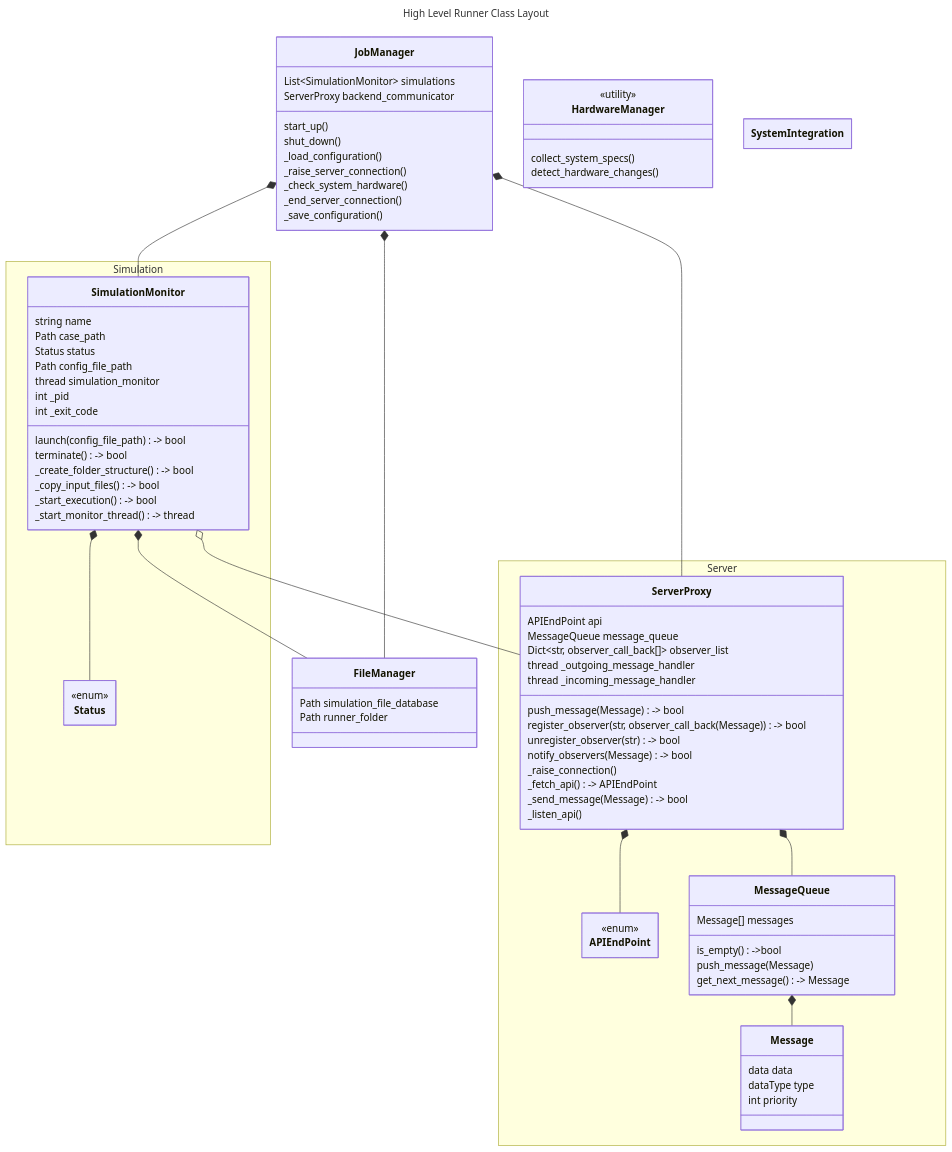
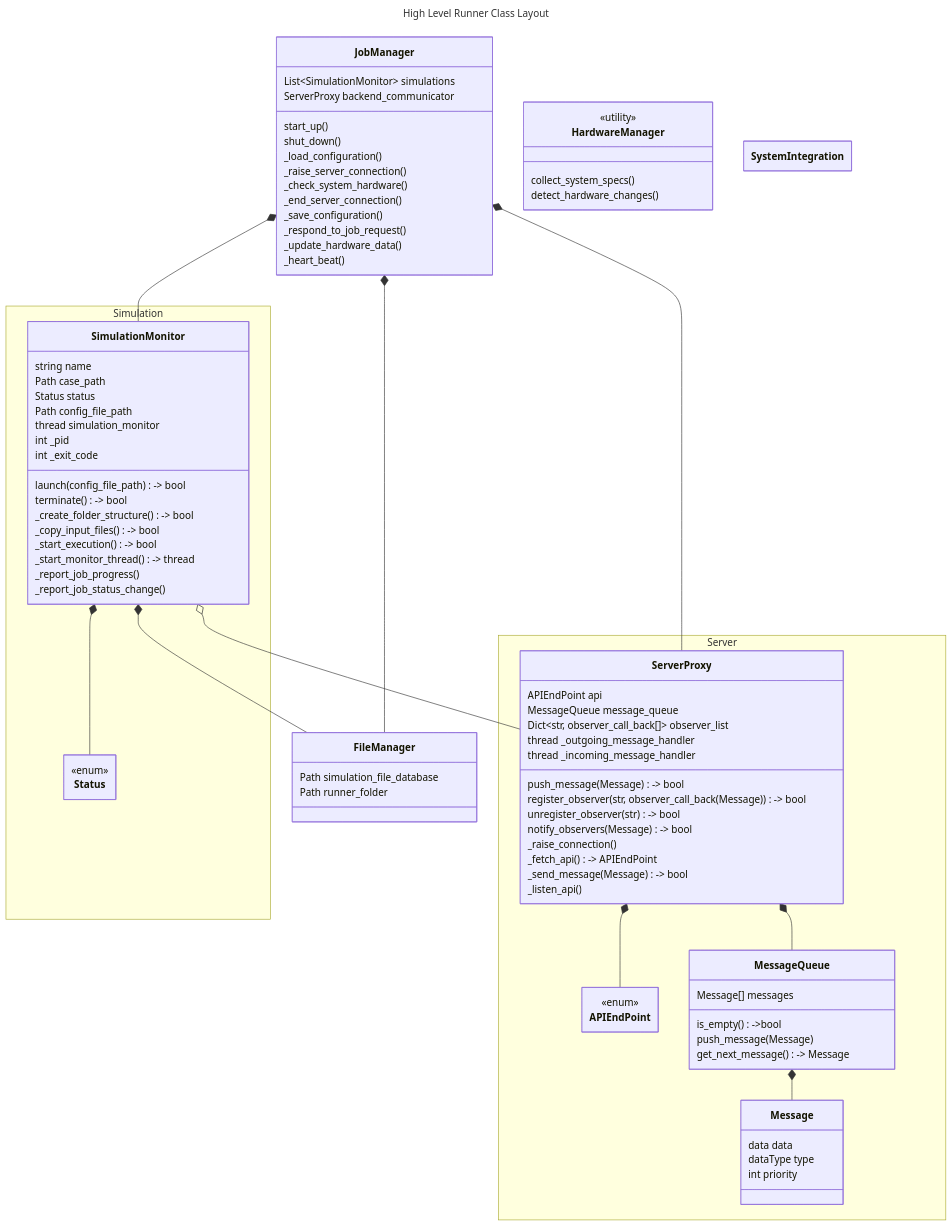
The diagram in docs/design_requirements.md (fyn-tech/fyn-runner), drawn with Mermaid before and after one commit. The commit also changed other lines of this file, not shown here.

Commit message:
- fleshed design a bit more.

```diff
--- a/docs/design_requirements.md
+++ b/docs/design_requirements.md
@@ -113,6 +113,11 @@
     %% Startup procedures
     _end_server_connection()
     _save_configuration()
+
+    %% API communication (exc. sim file sync.)
+    _respond_to_job_request()
+    _update_hardware_data()
+    _heart_beat()
   }
 
   namespace Simulation {
@@ -137,6 +142,10 @@
       _copy_input_files() -> bool
       _start_execution() -> bool
       _start_monitor_thread() -> thread
+
+      %% API
+      _report_job_progress()
+      _report_job_status_change()
     }
 
     class Status {
```
